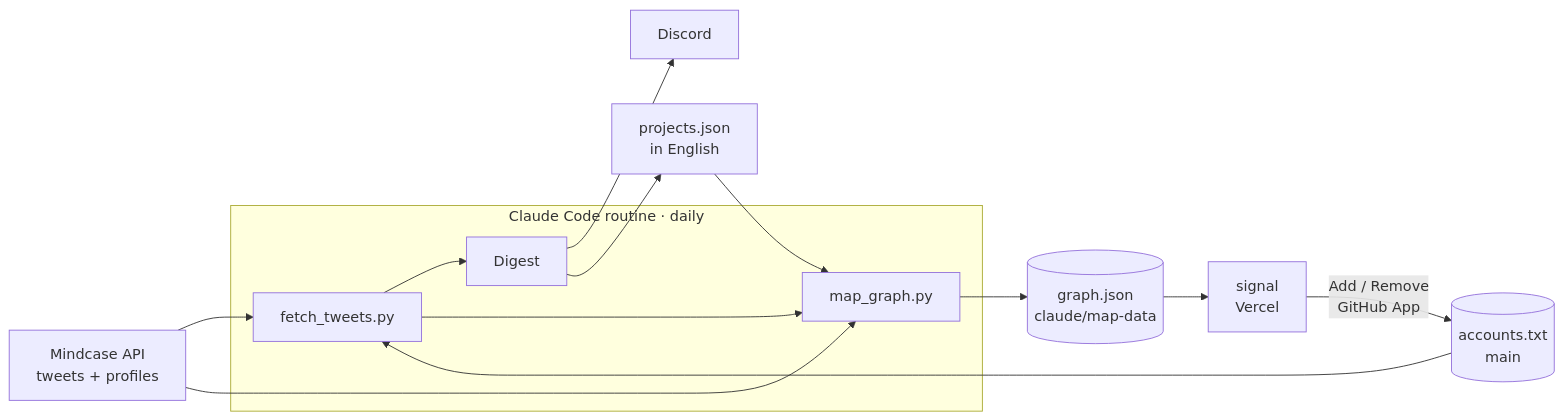
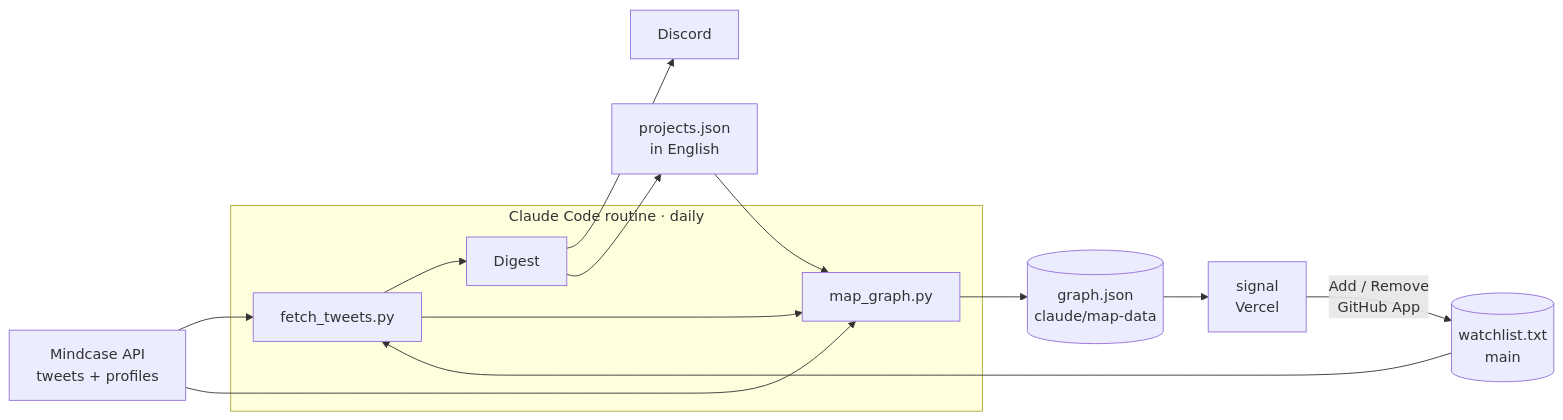
Before and after one commit to paulvln1/twitter-monitoring: the diagram in README.md, drawn with Mermaid. The commit also changed other lines of this file and 25 other files, not shown here.

````diff
--- a/README.md
+++ b/README.md
@@ -64,16 +64,16 @@
 ```mermaid
 flowchart LR
     subgraph Routine["Claude Code routine · daily"]
         F[fetch_tweets.py] --> D[Digest]
         F --> M[map_graph.py]
     end
-    A[(accounts.txt<br/>main)] --> F
+    A[(watchlist.txt<br/>main)] --> F
     X[Mindcase API<br/>tweets + profiles] --> F
     X --> M
     D --> DC[Discord]
     D --> P[projects.json<br/>in English]
     P --> M
     M --> B[(graph.json<br/>claude/map-data)]
     B --> S[signal<br/>Vercel]
     S -- "Add / Remove<br/>GitHub App" --> A
 ```
````
